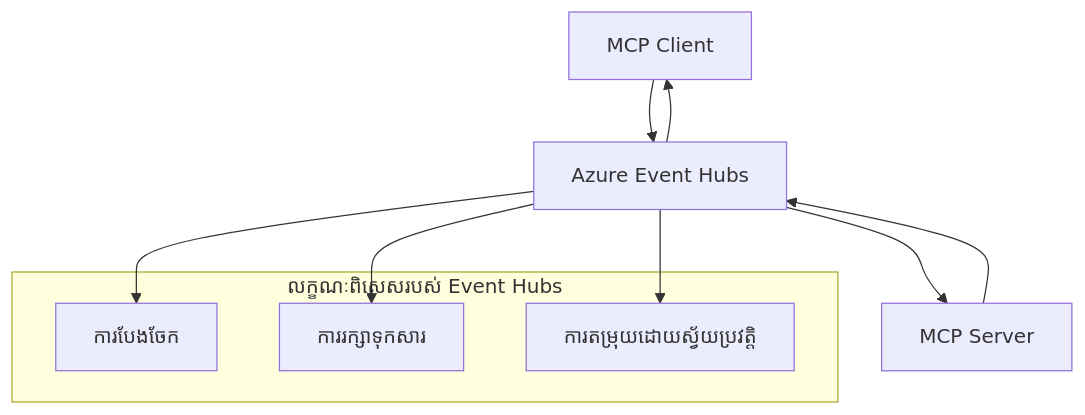
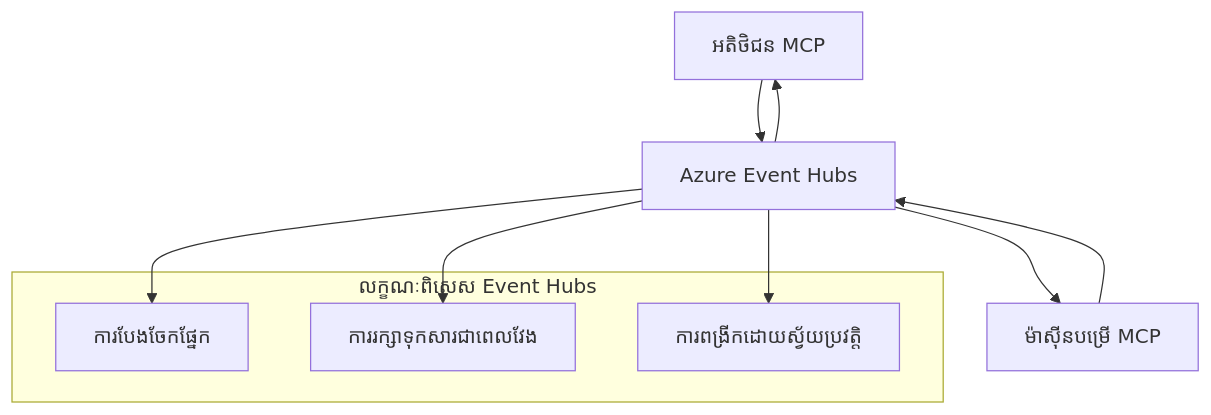
The second of 2 diagrams in mcp_ecosystem__model_context_protocol/mcp_learning_resources/mcp-for-beginners/translations/km/05-AdvancedTopics/mcp-transport/README.md (HIDORAKAI002/ai-workspace-archive), drawn with Mermaid before and after one commit. The commit also changed other lines of this file and 1046 other files, not shown here.

````diff
--- a/mcp_ecosystem__model_context_protocol/mcp_learning_resources/mcp-for-beginners/translations/km/05-AdvancedTopics/mcp-transport/README.md
+++ b/mcp_ecosystem__model_context_protocol/mcp_learning_resources/mcp-for-beginners/translations/km/05-AdvancedTopics/mcp-transport/README.md
@@ -270,17 +272,17 @@
 ```mermaid
 graph TB
-    Client[MCP Client] --> EH[Azure Event Hubs]
-    EH --> Server[MCP Server]
+    Client[អតិថិជន MCP] --> EH[Azure Event Hubs]
+    EH --> Server[ម៉ាស៊ីនបម្រើ MCP]
     Server --> EH
     EH --> Client
     
-    subgraph "លក្ខណៈពិសេសរបស់ Event Hubs"
-        Partition[ការបែងចែក]
-        Retention[ការរក្សាទុកសារ]
-        Scaling[ការតម្រុយដោយស្វ័យប្រវត្តិ]
+    subgraph "លក្ខណៈពិសេស Event Hubs"
+        Partition[ការបែងចែកផ្នែក]
+        Retention[ការរក្សាទុកសារជាពេលវែង]
+        Scaling[ការពង្រីកដោយស្វ័យប្រវត្តិ]
     end
     
     EH --> Partition
     EH --> Retention
     EH --> Scaling
 ```
````
